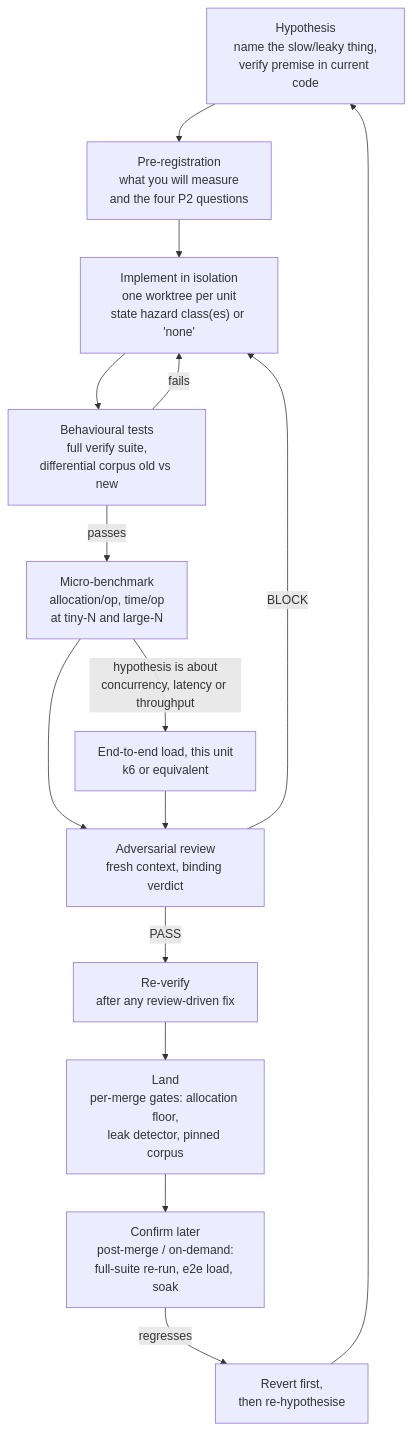
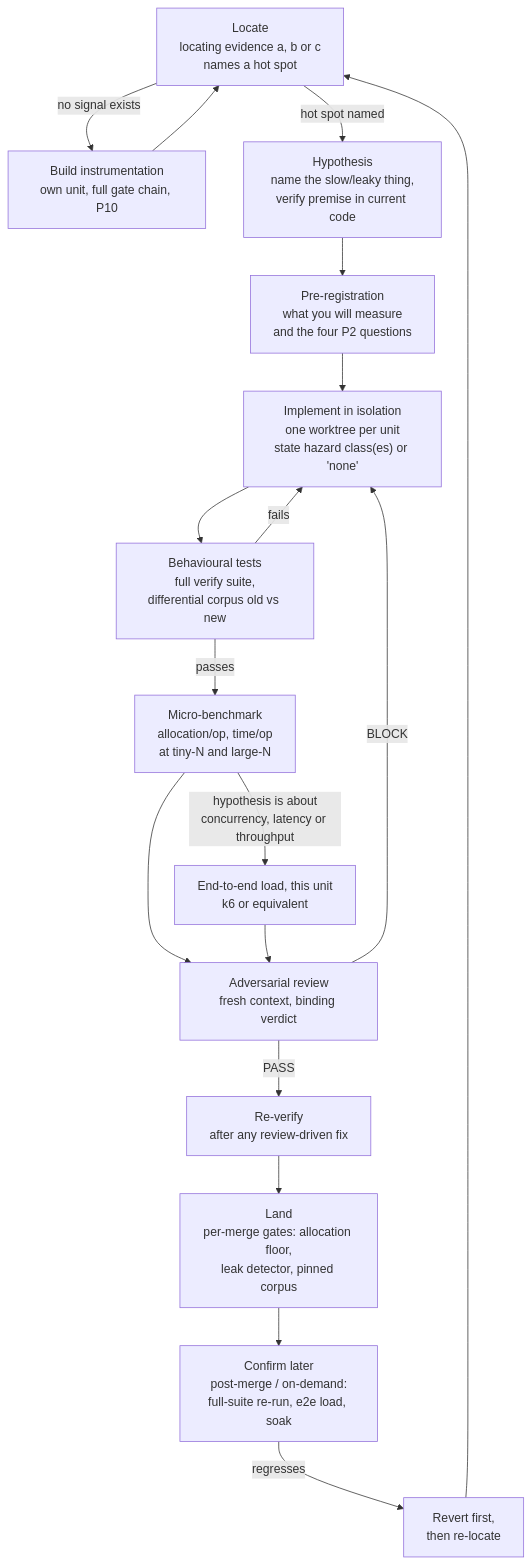
Before and after one commit to mock-server/mockserver-monorepo: the diagram in docs/operations/ai-assisted-optimisation-guide.md, drawn with Mermaid. The commit also changed other lines of this file, not shown here.

First line of the commit message:
docs: require located evidence before optimising in the AI optimisation guide

````diff
--- a/docs/operations/ai-assisted-optimisation-guide.md
+++ b/docs/operations/ai-assisted-optimisation-guide.md
@@ -365,17 +411,19 @@
 ```mermaid
 flowchart TD
-    A["Hypothesis\nname the slow/leaky thing,\nverify premise in current code"] --> B["Pre-registration\nwhat you will measure\nand the four P2 questions"]
+    L["Locate\nlocating evidence a, b or c\nnames a hot spot"] -->|"no signal exists"| M["Build instrumentation\nown unit, full gate chain, P10"]
+    M --> L
+    L -->|"hot spot named"| A["Hypothesis\nname the slow/leaky thing,\nverify premise in current code"] --> B["Pre-registration\nwhat you will measure\nand the four P2 questions"]
     B --> C["Implement in isolation\none worktree per unit\nstate hazard class(es) or 'none'"]
     C --> D["Behavioural tests\nfull verify suite,\ndifferential corpus old vs new"]
     D -->|"fails"| C
     D -->|"passes"| E["Micro-benchmark\nallocation/op, time/op\nat tiny-N and large-N"]
     E -->|"hypothesis is about\nconcurrency, latency or throughput"| F["End-to-end load, this unit\nk6 or equivalent"]
     E --> G["Adversarial review\nfresh context, binding verdict"]
     F --> G
     G -->|"BLOCK"| C
     G -->|"PASS"| H["Re-verify\nafter any review-driven fix"]
     H --> I["Land\nper-merge gates: allocation floor,\nleak detector, pinned corpus"]
     I --> J["Confirm later\npost-merge / on-demand:\nfull-suite re-run, e2e load, soak"]
-    J -->|"regresses"| K["Revert first,\nthen re-hypothesise"]
-    K --> A
+    J -->|"regresses"| K["Revert first,\nthen re-locate"]
+    K --> L
 ```
````
